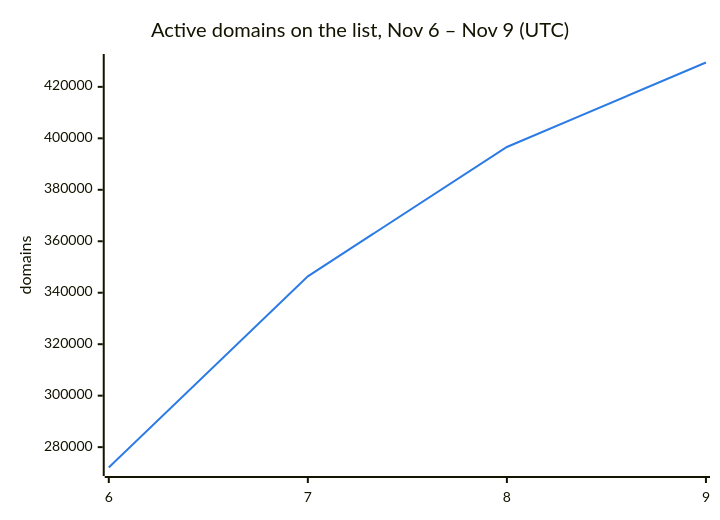
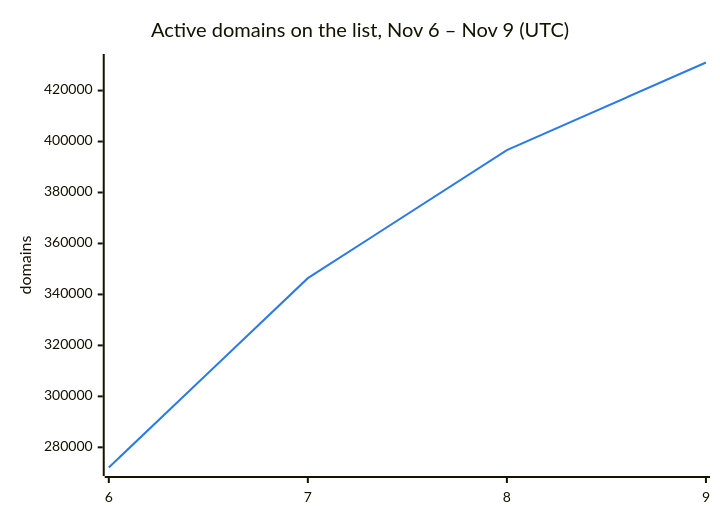
One commit to DNSBunker/CTI changed the second of 3 diagrams in README.md. Above: the diagram before and after it, drawn with Mermaid. The commit also changed other lines of this file and 3 other files, not shown here.

````diff
--- a/README.md
+++ b/README.md
@@ -38,8 +38,8 @@
 ```mermaid
 %%{init: {"themeVariables": {"xyChart": {"plotColorPalette": "#2c7be5"}}}}%%
 xychart-beta
     title "Active domains on the list, Nov 6 – Nov 9 (UTC)"
     x-axis ["6", "7", "8", "9"]
     y-axis "domains"
-    line [272088, 346388, 396638, 429464]
+    line [272088, 346388, 396638, 431009]
 ```
````
